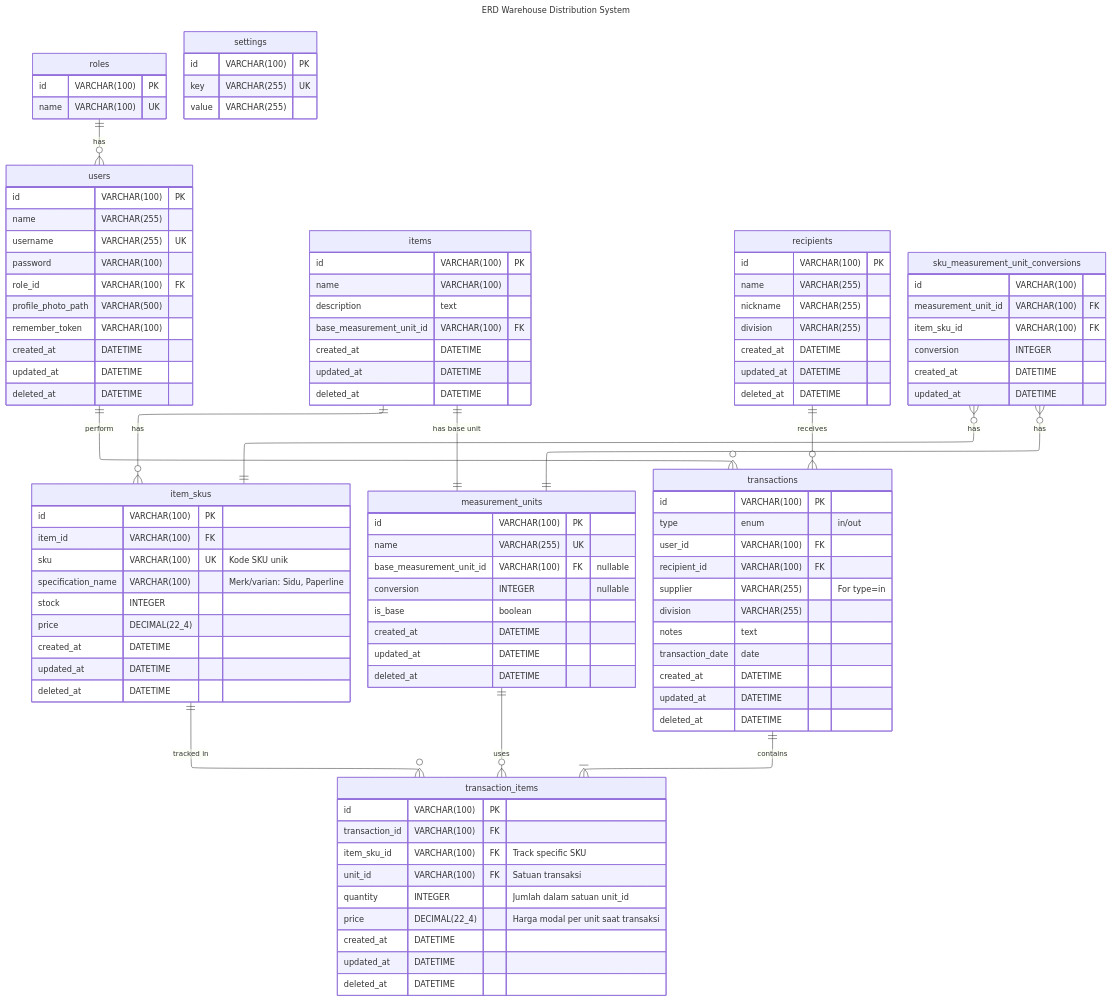
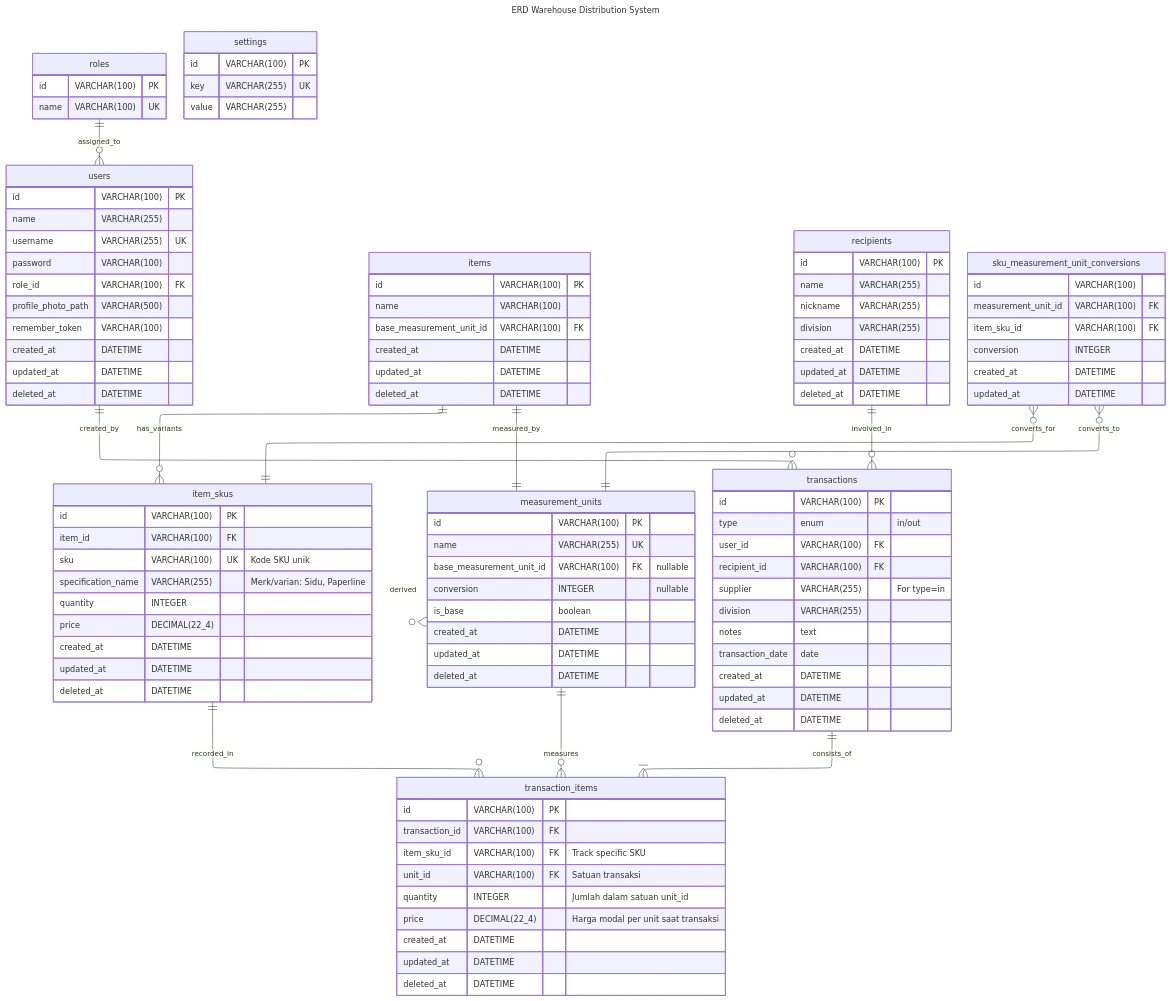
Before and after one commit to juntralala/cat: the diagram in docs/erd.final.mermaid, drawn with Mermaid. The commit also changed 53 other files, not shown here.

```diff
--- a/docs/erd.final.mermaid
+++ b/docs/erd.final.mermaid
@@ -1,120 +1,121 @@
 ---
 title: ERD Warehouse Distribution System
 config:
-  #theme: default
+  theme: default
   layout: elk
 ---
 erDiagram
-    roles ||--o{ users : "has"
-    items ||--o{ item_skus : "has"
-    item_skus ||--o{ transaction_items : "tracked in"
-    measurement_units ||--o{ transaction_items : "uses"
-    recipients ||--o{ transactions : "receives"
-    items ||--|| measurement_units : "has base unit"
-    transactions ||--|{ transaction_items : "contains"
-    sku_measurement_unit_conversions }o--|| item_skus : "has"
-    sku_measurement_unit_conversions }o--|| measurement_units : "has"
-    users ||--o{ transactions : "perform"
+    roles ||--o{ users : "assigned_to"
+    items ||--o{ item_skus : "has_variants"
+    item_skus ||--o{ transaction_items : "recorded_in"
+    measurement_units ||--o{ transaction_items : "measures"
+    recipients ||--o{ transactions : "involved_in"
+    items ||--|| measurement_units : "measured_by"
+    measurement_units ||--o{ measurement_units : "derived"
+    transactions ||--|{ transaction_items : "consists_of"
+    sku_measurement_unit_conversions }o--|| item_skus : "converts_for"
+    sku_measurement_unit_conversions }o--|| measurement_units : "converts_to"
+    users ||--o{ transactions : "created_by"
 
     roles {
         id VARCHAR(100) PK
         name VARCHAR(100) UK
     }
 
     users {
         id VARCHAR(100) PK
         name VARCHAR(255)
         username VARCHAR(255) UK
         password VARCHAR(100)
         role_id VARCHAR(100) FK
         profile_photo_path VARCHAR(500)
         remember_token VARCHAR(100)
         created_at DATETIME
         updated_at DATETIME
         deleted_at DATETIME
     }
 
     settings {
         id VARCHAR(100) PK
         key VARCHAR(255) UK
         value VARCHAR(255)
     }
 
     %% mendukung konversi secara global atau per sku
     measurement_units {
         id VARCHAR(100) PK
         name VARCHAR(255) UK
         base_measurement_unit_id VARCHAR(100) FK "nullable"
         conversion INTEGER "nullable"
         is_base boolean
         created_at DATETIME
         updated_at DATETIME
         deleted_at DATETIME
     } 
 
     recipients {
         id VARCHAR(100) PK
         name VARCHAR(255)
         nickname VARCHAR(255)
         division VARCHAR(255)
         created_at DATETIME
         updated_at DATETIME
         deleted_at DATETIME
     }
 
     transactions {
         id VARCHAR(100) PK
         type enum "in/out"
         user_id VARCHAR(100) FK
         recipient_id VARCHAR(100) FK
         supplier VARCHAR(255) "For type=in"
         division VARCHAR(255)
         notes text
         transaction_date date
         created_at DATETIME
         updated_at DATETIME
         deleted_at DATETIME
     }
 
     transaction_items {
         id VARCHAR(100) PK
         transaction_id VARCHAR(100) FK
         item_sku_id VARCHAR(100) FK "Track specific SKU"
         unit_id VARCHAR(100) FK "Satuan transaksi"
         quantity INTEGER "Jumlah dalam satuan unit_id"
         price DECIMAL(22_4) "Harga modal per unit saat transaksi"
         created_at DATETIME
         updated_at DATETIME
         deleted_at DATETIME
     }
 
     items {
         id VARCHAR(100) PK
         name VARCHAR(100)
-        description text
+        %% description text
         base_measurement_unit_id VARCHAR(100) FK
         created_at DATETIME
         updated_at DATETIME
         deleted_at DATETIME
     }
 
     item_skus {
         id VARCHAR(100) PK
         item_id VARCHAR(100) FK
         sku VARCHAR(100) UK "Kode SKU unik"
-        specification_name VARCHAR(100) "Merk/varian: Sidu, Paperline"
-        stock INTEGER
+        specification_name VARCHAR(255) "Merk/varian: Sidu, Paperline"
+        quantity INTEGER
         price DECIMAL(22_4)
         created_at DATETIME
         updated_at DATETIME
         deleted_at DATETIME
     }
 
     sku_measurement_unit_conversions {
         id VARCHAR(100)
         measurement_unit_id VARCHAR(100) FK
         item_sku_id VARCHAR(100) FK
         conversion INTEGER
         created_at DATETIME
         updated_at DATETIME
     }
```
